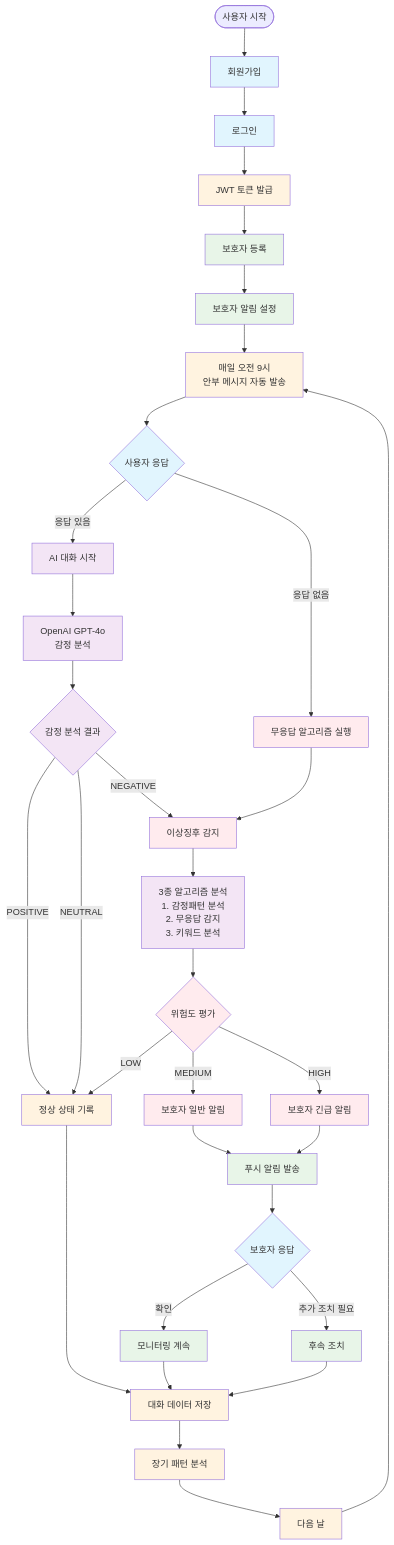
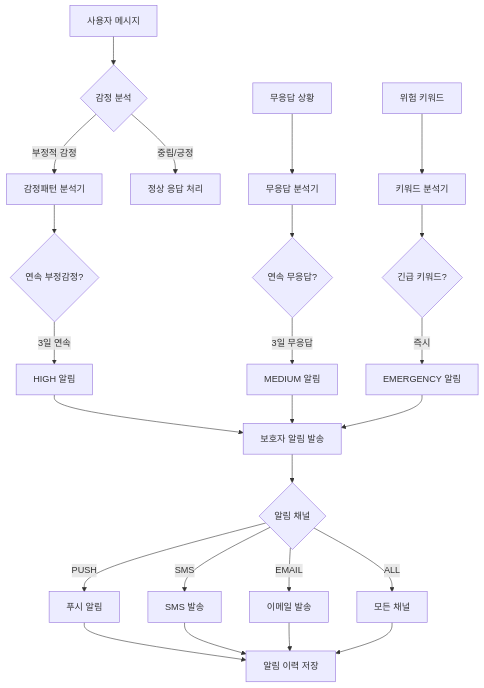
One commit to MARUNI-Service/MARUNI-SERVER changed the third of 7 diagrams in docs/user_flow_diagram.md. Above: the diagram before and after it, drawn with Mermaid. The commit also changed other lines of this file and 2 other files, not shown here.

````diff
--- a/docs/user_flow_diagram.md
+++ b/docs/user_flow_diagram.md
@@ -5,69 +139,33 @@
 ```mermaid
-graph TB
-    %% 사용자 등록 및 인증
-    Start([사용자 시작]) --> Register[회원가입]
-    Register --> Login[로그인]
-    Login --> JWT[JWT 토큰 발급]
+graph TD
+    A[사용자 메시지] --> B{감정 분석}
+    B -->|부정적 감정| C[감정패턴 분석기]
+    B -->|중립/긍정| D[정상 응답 처리]
 
-    %% 보호자 설정
-    JWT --> GuardianSetup[보호자 등록]
-    GuardianSetup --> GuardianNotify[보호자 알림 설정]
+    E[무응답 상황] --> F[무응답 분석기]
 
-    %% 일일 안부 시스템
-    GuardianNotify --> DailySchedule[매일 오전 9시<br/>안부 메시지 자동 발송]
-    DailySchedule --> UserResponse{사용자 응답}
+    G[위험 키워드] --> H[키워드 분석기]
 
-    %% 응답 있음 - AI 대화 플로우
-    UserResponse -->|응답 있음| ConversationStart[AI 대화 시작]
-    ConversationStart --> AIAnalysis[OpenAI GPT-4o<br/>감정 분석]
-    AIAnalysis --> EmotionType{감정 분석 결과}
+    C --> I{연속 부정감정?}
+    F --> J{연속 무응답?}
+    H --> K{긴급 키워드?}
 
-    EmotionType -->|POSITIVE| NormalFlow[정상 상태 기록]
-    EmotionType -->|NEUTRAL| NormalFlow
-    EmotionType -->|NEGATIVE| AlertCheck[이상징후 감지]
+    I -->|3일 연속| L[HIGH 알림]
+    J -->|3일 무응답| M[MEDIUM 알림]
+    K -->|즉시| N[EMERGENCY 알림]
 
-    %% 응답 없음 - 무응답 플로우
-    UserResponse -->|응답 없음| NoResponseAlert[무응답 알고리즘 실행]
-    NoResponseAlert --> AlertCheck
+    L --> O[보호자 알림 발송]
+    M --> O
+    N --> O
 
-    %% 이상징후 감지 시스템
-    AlertCheck --> AlertAnalysis[3종 알고리즘 분석<br/>1. 감정패턴 분석<br/>2. 무응답 감지<br/>3. 키워드 분석]
-    AlertAnalysis --> RiskLevel{위험도 평가}
+    O --> P{알림 채널}
+    P -->|PUSH| Q[푸시 알림]
+    P -->|SMS| R[SMS 발송]
+    P -->|EMAIL| S[이메일 발송]
+    P -->|ALL| T[모든 채널]
 
-    %% 위험도별 처리
-    RiskLevel -->|LOW| NormalFlow
-    RiskLevel -->|MEDIUM| GuardianAlert[보호자 일반 알림]
-    RiskLevel -->|HIGH| EmergencyAlert[보호자 긴급 알림]
-
-    %% 알림 발송 시스템
-    GuardianAlert --> NotificationSend[푸시 알림 발송]
-    EmergencyAlert --> NotificationSend
-    NotificationSend --> GuardianResponse{보호자 응답}
-
-    %% 보호자 대응
-    GuardianResponse -->|확인| MonitoringContinue[모니터링 계속]
-    GuardianResponse -->|추가 조치 필요| FollowUp[후속 조치]
-
-    %% 데이터 축적 및 분석
-    NormalFlow --> DataStorage[대화 데이터 저장]
-    MonitoringContinue --> DataStorage
-    FollowUp --> DataStorage
-    DataStorage --> PatternAnalysis[장기 패턴 분석]
-
-    %% 다음 날 순환
-    PatternAnalysis --> NextDay[다음 날]
-    NextDay --> DailySchedule
-
-    %% 스타일링
-    classDef userAction fill:#e1f5fe
-    classDef aiProcess fill:#f3e5f5
-    classDef alertProcess fill:#ffebee
-    classDef guardianProcess fill:#e8f5e8
-    classDef systemProcess fill:#fff3e0
-
-    class Register,Login,UserResponse,GuardianResponse userAction
-    class ConversationStart,AIAnalysis,EmotionType,AlertAnalysis aiProcess
-    class AlertCheck,NoResponseAlert,RiskLevel,GuardianAlert,EmergencyAlert alertProcess
-    class GuardianSetup,GuardianNotify,NotificationSend,MonitoringContinue,FollowUp guardianProcess
-    class JWT,DailySchedule,NormalFlow,DataStorage,PatternAnalysis,NextDay systemProcess
+    Q --> U[알림 이력 저장]
+    R --> U
+    S --> U
+    T --> U
 ```
````
